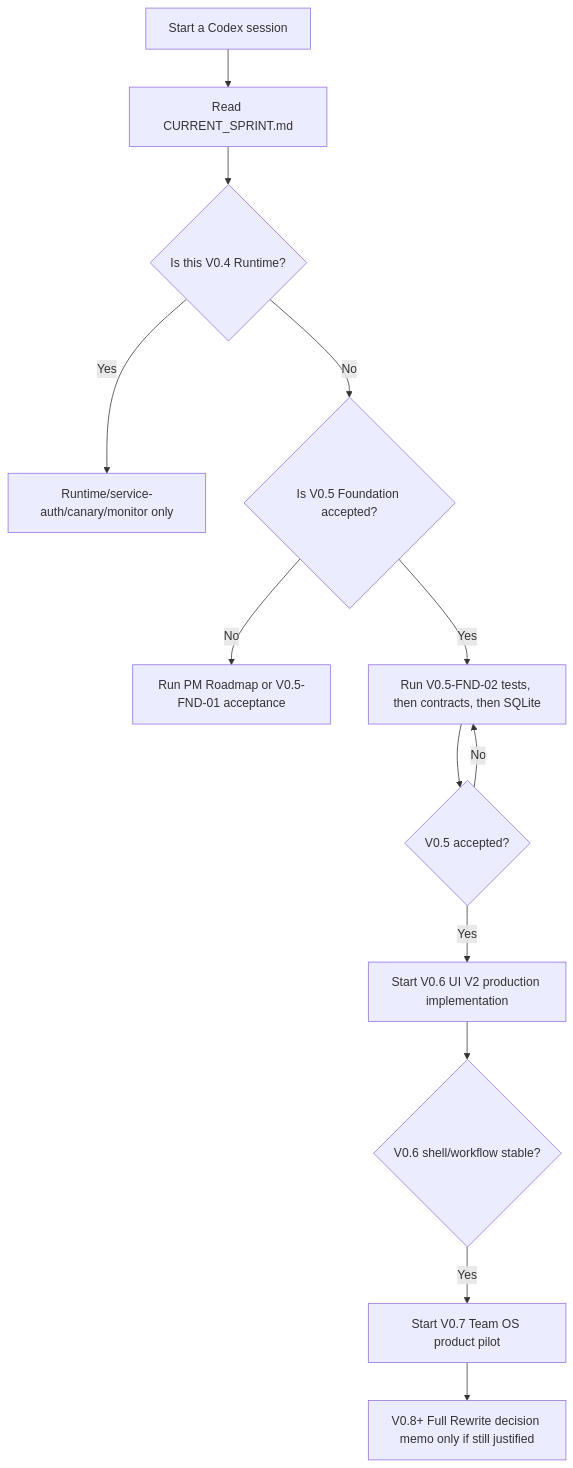
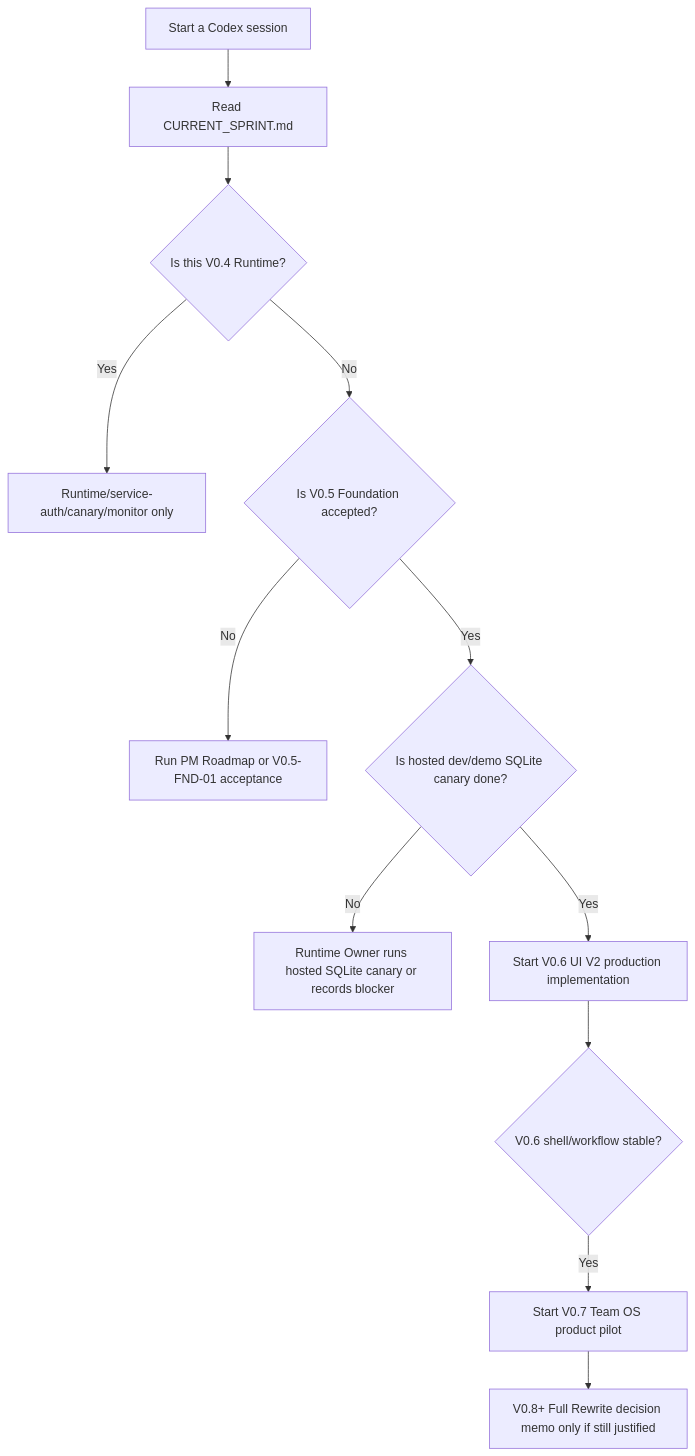
One commit to Savezn/Trisilar-Task-Hub changed the diagram in docs/plans/CODEX_PARALLEL_PROJECT_HANDOFF.md. Above: the diagram before and after it, drawn with Mermaid. The commit also changed other lines of this file and 6 other files, not shown here.

Commit message:
Document V0.5 hosted SQLite canary handoff

````diff
--- a/docs/plans/CODEX_PARALLEL_PROJECT_HANDOFF.md
+++ b/docs/plans/CODEX_PARALLEL_PROJECT_HANDOFF.md
@@ -40,15 +40,14 @@
 ```mermaid
 flowchart TD
   A["Start a Codex session"] --> B["Read CURRENT_SPRINT.md"]
   B --> C{"Is this V0.4 Runtime?"}
   C -- "Yes" --> D["Runtime/service-auth/canary/monitor only"]
   C -- "No" --> E{"Is V0.5 Foundation accepted?"}
   E -- "No" --> F["Run PM Roadmap or V0.5-FND-01 acceptance"]
-  E -- "Yes" --> G["Run V0.5-FND-02 tests, then contracts, then SQLite"]
-  G --> H{"V0.5 accepted?"}
-  H -- "No" --> G
-  H -- "Yes" --> I["Start V0.6 UI V2 production implementation"]
+  E -- "Yes" --> G{"Is hosted dev/demo SQLite canary done?"}
+  G -- "No" --> H["Runtime Owner runs hosted SQLite canary or records blocker"]
+  G -- "Yes" --> I["Start V0.6 UI V2 production implementation"]
   I --> J{"V0.6 shell/workflow stable?"}
   J -- "Yes" --> K["Start V0.7 Team OS product pilot"]
   K --> L["V0.8+ Full Rewrite decision memo only if still justified"]
 ```
````
